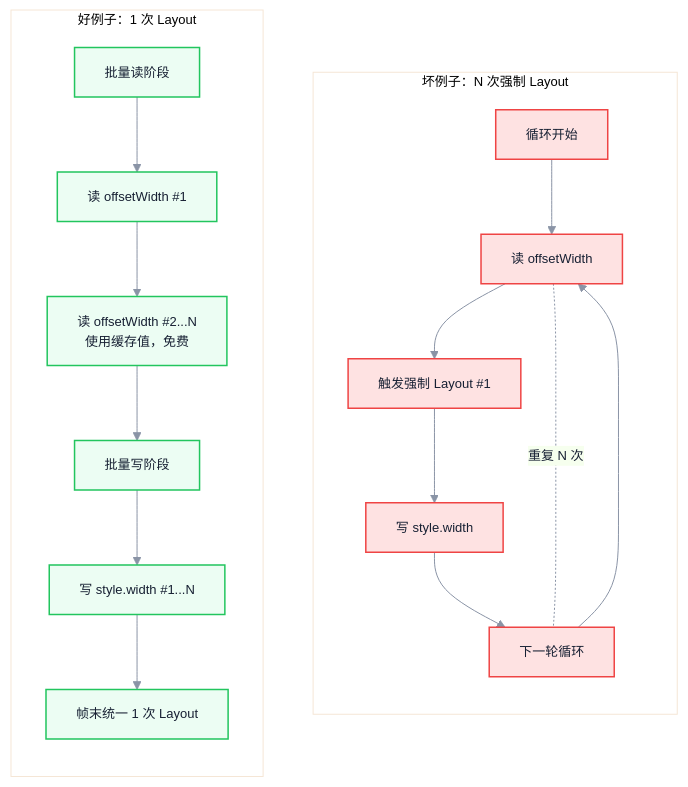
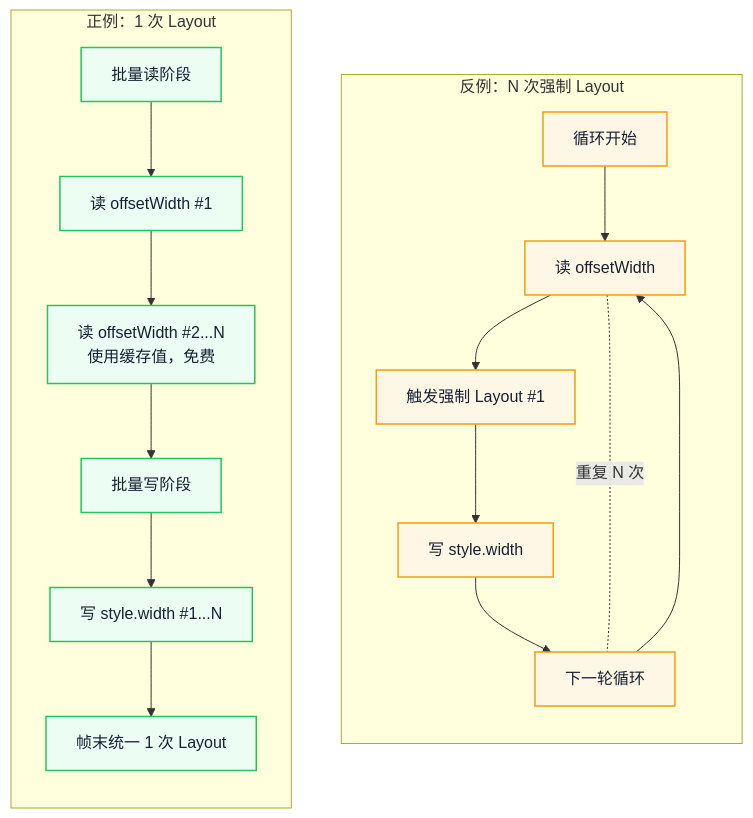
Before and after one commit to Fatejian/frontier-vault: the second of 2 diagrams in docs/browser/layout-thrashing.md, drawn with Mermaid. The commit also changed other lines of this file and 41 other files, not shown here.

````diff
--- a/docs/browser/layout-thrashing.md
+++ b/docs/browser/layout-thrashing.md
@@ -229,28 +202,27 @@
 ```mermaid
-%%{init: {'theme': 'base', 'themeVariables': { 'fontFamily': 'Inter, PingFang SC, Microsoft YaHei, sans-serif', 'primaryColor': '#EEF6FF', 'fontSize': '13px', 'primaryTextColor': '#172033', 'primaryBorderColor': '#6EA8FE', 'lineColor': '#8A94A6'}}}%%
 flowchart TB
-    subgraph Bad["坏例子：N 次强制 Layout"]
+    subgraph Bad["反例：N 次强制 Layout"]
         direction TB
         B1[循环开始] --> B2[读 offsetWidth]
         B2 --> B3[触发强制 Layout #1]
         B3 --> B4[写 style.width]
         B4 --> B5[下一轮循环]
         B5 --> B2
         B2 -.重复 N 次.- B5
     end
 
-    subgraph Good["好例子：1 次 Layout"]
+    subgraph Good["正例：1 次 Layout"]
         direction TB
         G1[批量读阶段] --> G2[读 offsetWidth #1]
-        G2 --> G3[读 offsetWidth #2...N<br/>使用缓存值，免费]
+        G2 --> G3["读 offsetWidth #2...N<br/>使用缓存值，免费"]
         G3 --> G4[批量写阶段]
         G4 --> G5[写 style.width #1...N]
         G5 --> G6[帧末统一 1 次 Layout]
     end
 
-    classDef bad fill:#FEE2E2,stroke:#EF4444,color:#172033,stroke-width:1.5px;
-    classDef good fill:#ECFDF3,stroke:#22C55E,color:#172033,stroke-width:1.5px;
+    classDef block fill:#FFF7E6,stroke:#F59E0B,color:#172033,stroke-width:1.5px;
+    classDef work fill:#ECFDF3,stroke:#22C55E,color:#172033,stroke-width:1.5px;
 
-    class B1,B2,B3,B4,B5 bad;
-    class G1,G2,G3,G4,G5,G6 good;
+    class B1,B2,B3,B4,B5 block;
+    class G1,G2,G3,G4,G5,G6 work;
 ```
````
